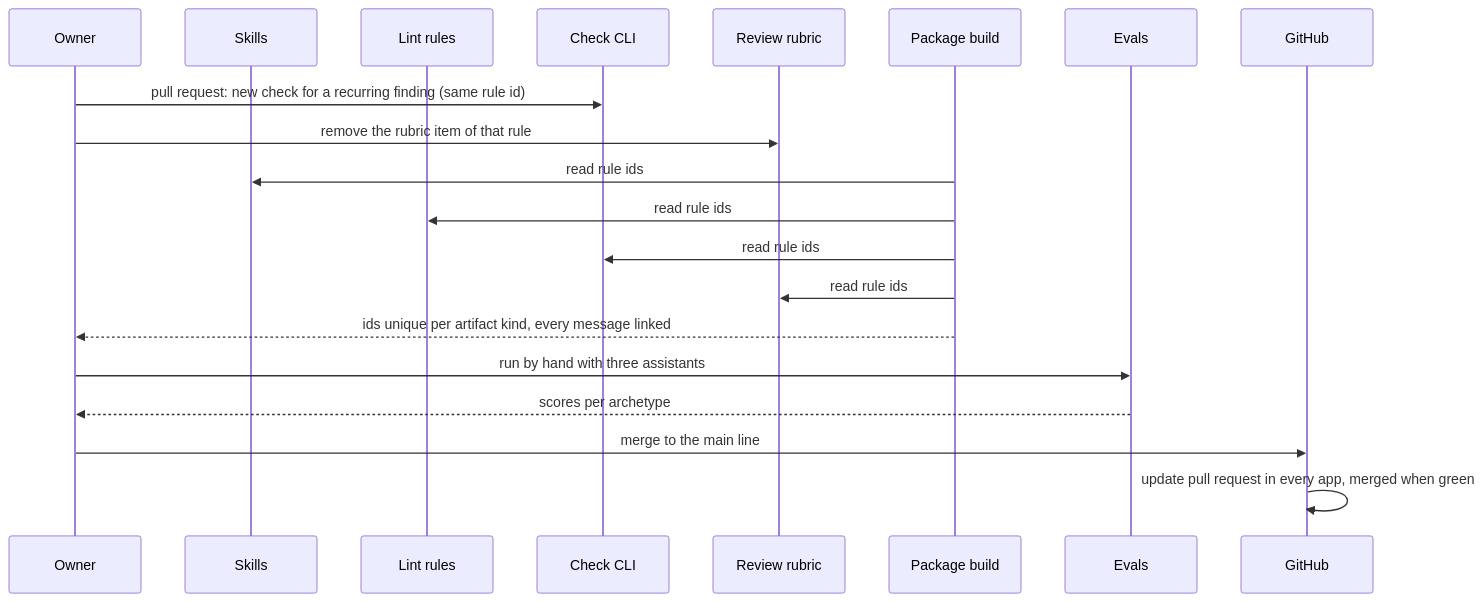
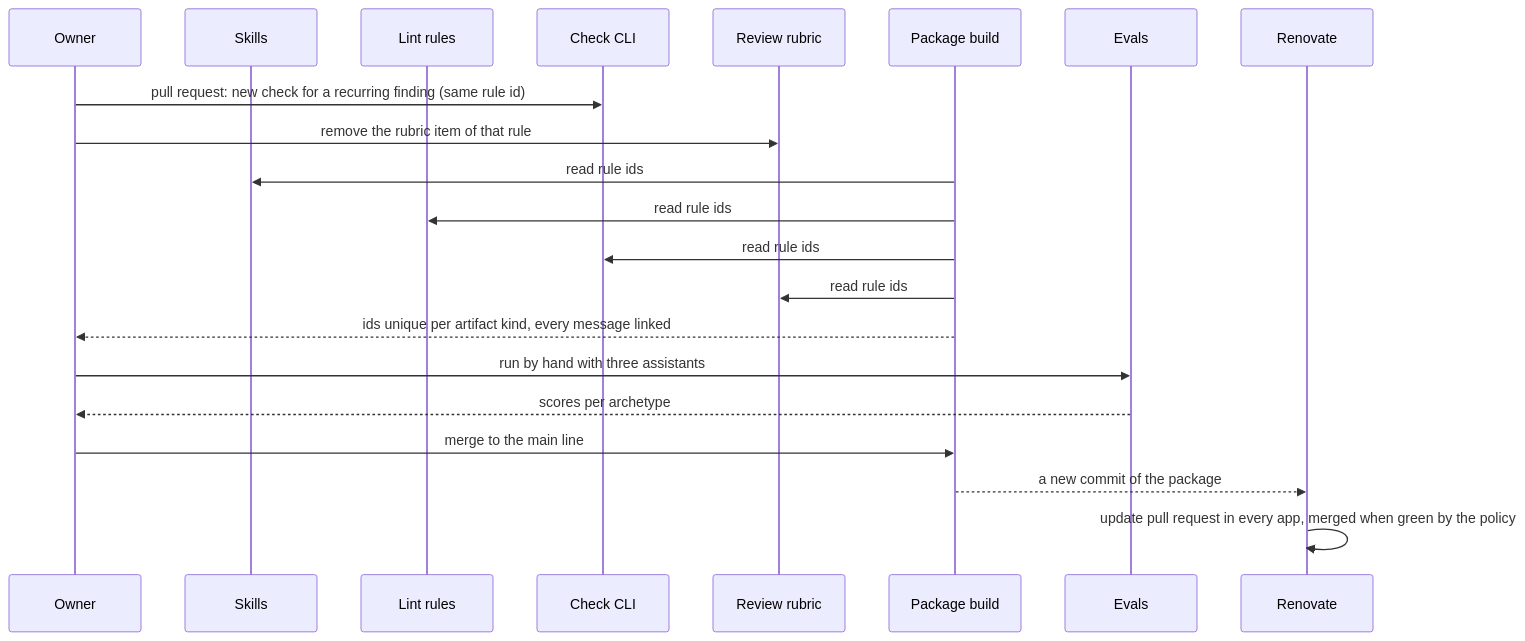
The fourth of 4 diagrams in docs/arc42/06-runtime-view.arc42.md (lernapps/tooling), drawn with Mermaid before and after one commit. The commit also changed other lines of this file and 1 other file, not shown here.

Commit message:
docs(arc42): GitHub Actions, GitHub Pages and Renovate are external systems, not one actor
actor-github is replaced by three actors of type system: actor-github-actions (app check, app publish and check CLI
interfaces), actor-github-pages (if-app-publish) and actor-renovate (if-update-policy, if-archetype-preset). Chapter
3 calls them external systems, apart from the parties with intentions. The scenario of a rule change ends with
Renovate.

Claude-Session: https://claude.ai/code/session_01CokaJ6YdJLqEGhHnk4MHJp

````diff
--- a/docs/arc42/06-runtime-view.arc42.md
+++ b/docs/arc42/06-runtime-view.arc42.md
@@ -180,22 +180,23 @@
 ```mermaid
 sequenceDiagram
     participant owner as Owner
     participant skills as Skills
     participant lint as Lint rules
     participant check as Check CLI
     participant procedure as Review rubric
     participant package as Package build
     participant evals as Evals
-    participant github as GitHub
+    participant github as Renovate
     owner->>check: pull request: new check for a recurring finding (same rule id)
     owner->>procedure: remove the rubric item of that rule
     package->>skills: read rule ids
     package->>lint: read rule ids
     package->>check: read rule ids
     package->>procedure: read rule ids
     package-->>owner: ids unique per artifact kind, every message linked
     owner->>evals: run by hand with three assistants
     evals-->>owner: scores per archetype
-    owner->>github: merge to the main line
-    github->>github: update pull request in every app, merged when green
+    owner->>package: merge to the main line
+    package-->>github: a new commit of the package
+    github->>github: update pull request in every app, merged when green by the policy
 ```
````
